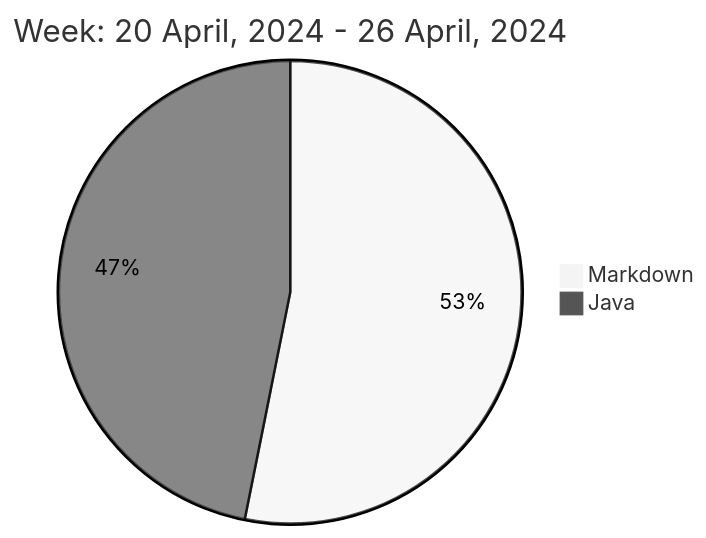
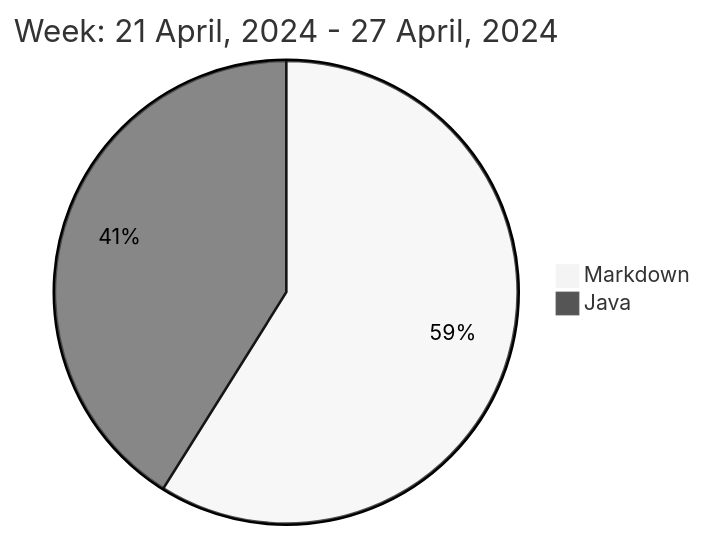
The diagram in README.md (liubin95/liubin95), drawn with Mermaid (neutral theme) before and after one commit.

Commit message:
Updated the Graph with new Metrics

````diff
--- a/README.md
+++ b/README.md
@@ -37,6 +37,6 @@
 ```mermaid
  pie
-title Week: 20 April, 2024 - 26 April, 2024
- "Markdown" : 2.7
- "Java" : 2.38
+title Week: 21 April, 2024 - 27 April, 2024
+ "Markdown" : 1.62
+ "Java" : 1.13
 ```
````
